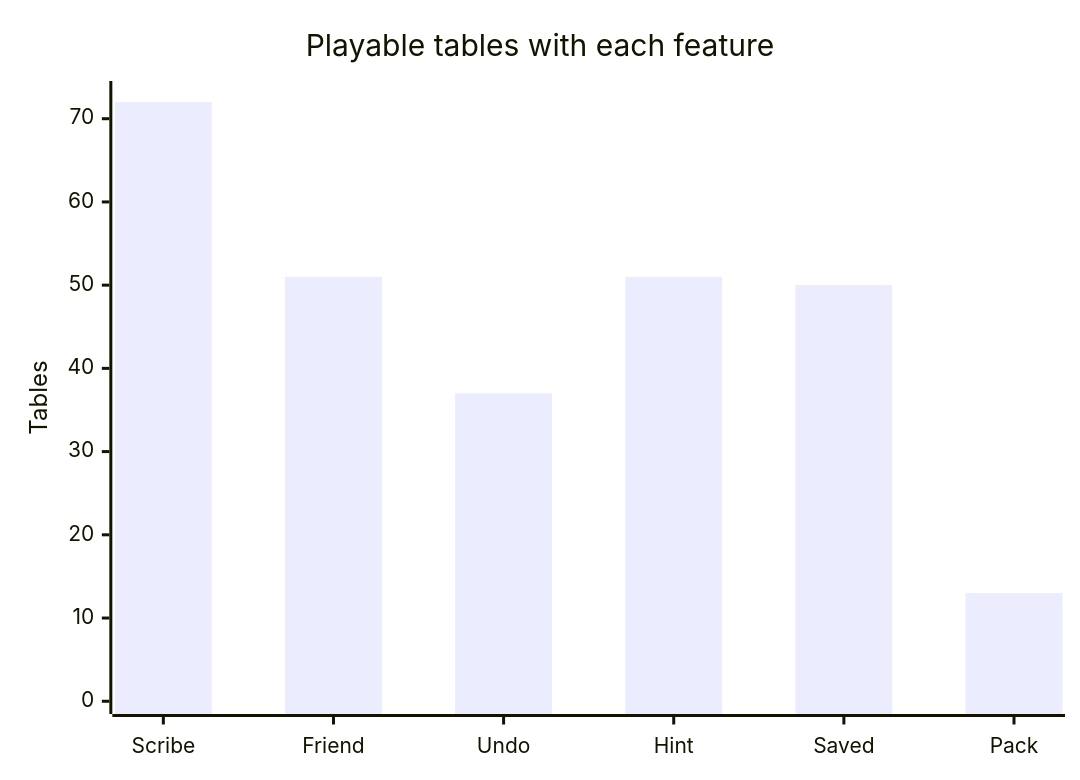
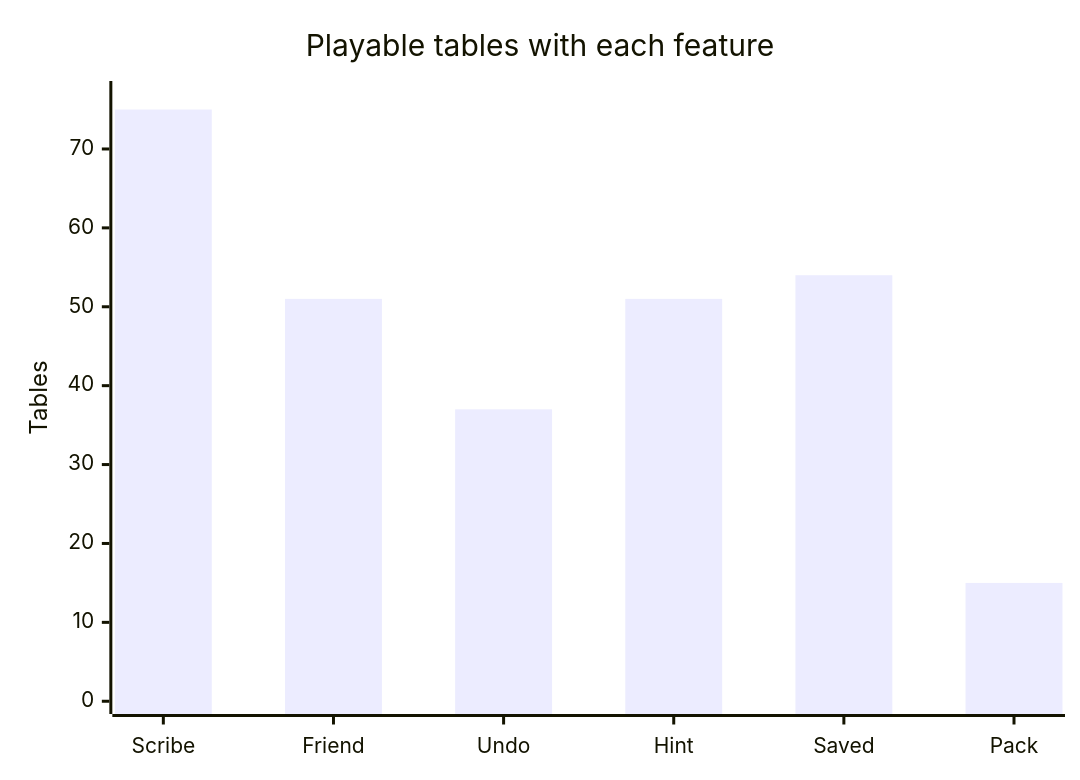
The third of 9 diagrams in docs/games/README.md (CptNope/Librarium-Archives), drawn with Mermaid before and after one commit. The commit also changed other lines of this file and 44 other files, not shown here.

````diff
--- a/docs/games/README.md
+++ b/docs/games/README.md
@@ -215,7 +219,7 @@
 ```mermaid
 xychart-beta
     title "Playable tables with each feature"
     x-axis ["Scribe", "Friend", "Undo", "Hint", "Saved", "Pack"]
-    y-axis "Tables" 0 --> 73
-    bar [72, 51, 37, 51, 50, 13]
+    y-axis "Tables" 0 --> 77
+    bar [75, 51, 37, 51, 54, 15]
 ```
````
